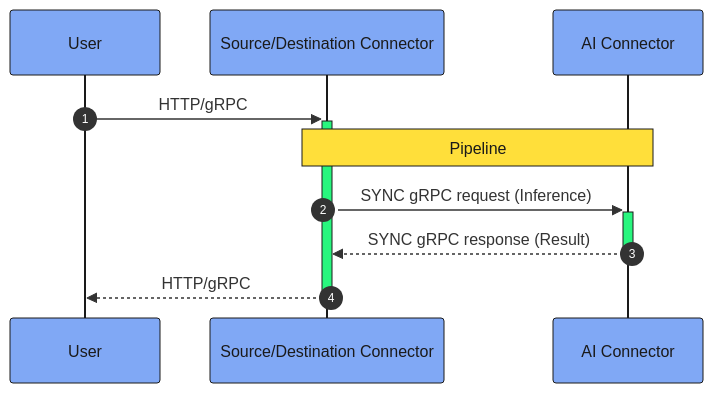
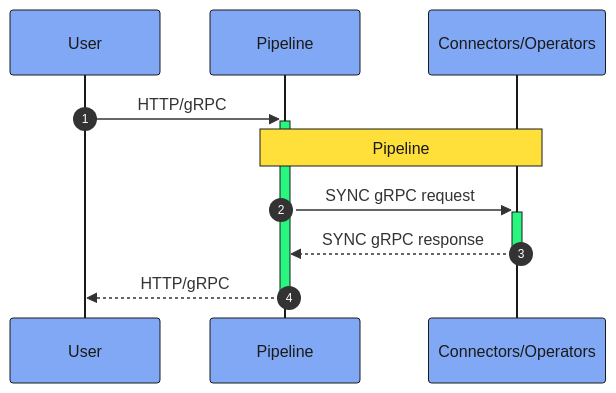
Before and after one commit to instill-ai/instill.tech: the diagram in public/docs-assets/core-concepts/mermaid/sync.mmd, drawn with Mermaid. The commit also changed 47 other files, not shown here.

```diff
--- a/public/docs-assets/core-concepts/mermaid/sync.mmd
+++ b/public/docs-assets/core-concepts/mermaid/sync.mmd
@@ -1,29 +1,29 @@
 %%{
   init: {
     'themeVariables': {
       'primaryBorderColor': '#1A1A1A',
       'secondaryBorderColor': '#1A1A1A',
       'tertiaryBorderColor': '#1A1A1A',
       'lineColor': '#1A1A1A',
       'actorBkg': '#80A8F5',
       'actorBorder': '#1A1A1A',
       'actorTextColor': '#1A1A1A',
       'actorLineColor': '#1A1A1A',
       'noteBkgColor': '#FFDF3A',
       'noteBorderColor': '#1A1A1A',
       'noteTextColor': '#1A1A1A',
       'activationBkgColor': '#28F67E',
       'activationBorderColor': '#1A1A1A',
       'sequenceNumberColor': '#FFFFFF',
       'textColor': '#1A1A1A'
     },
     'themeCSS': 'background-color: white;'
   }
 }%%
 sequenceDiagram
   autonumber
-  User->>+Source/Destination Connector: HTTP/gRPC
-  Note over Source/Destination Connector,AI Connector: Pipeline
-  Source/Destination Connector->>+AI Connector: SYNC gRPC request (Inference)
-  AI Connector-->>-Source/Destination Connector: SYNC gRPC response (Result)
-  Source/Destination Connector-->>-User: HTTP/gRPC
+  User->>+Pipeline: HTTP/gRPC
+  Note over Pipeline,Connectors/Operators: Pipeline
+  Pipeline->>+Connectors/Operators: SYNC gRPC request
+  Connectors/Operators-->>-Pipeline: SYNC gRPC response
+  Pipeline-->>-User: HTTP/gRPC
```
